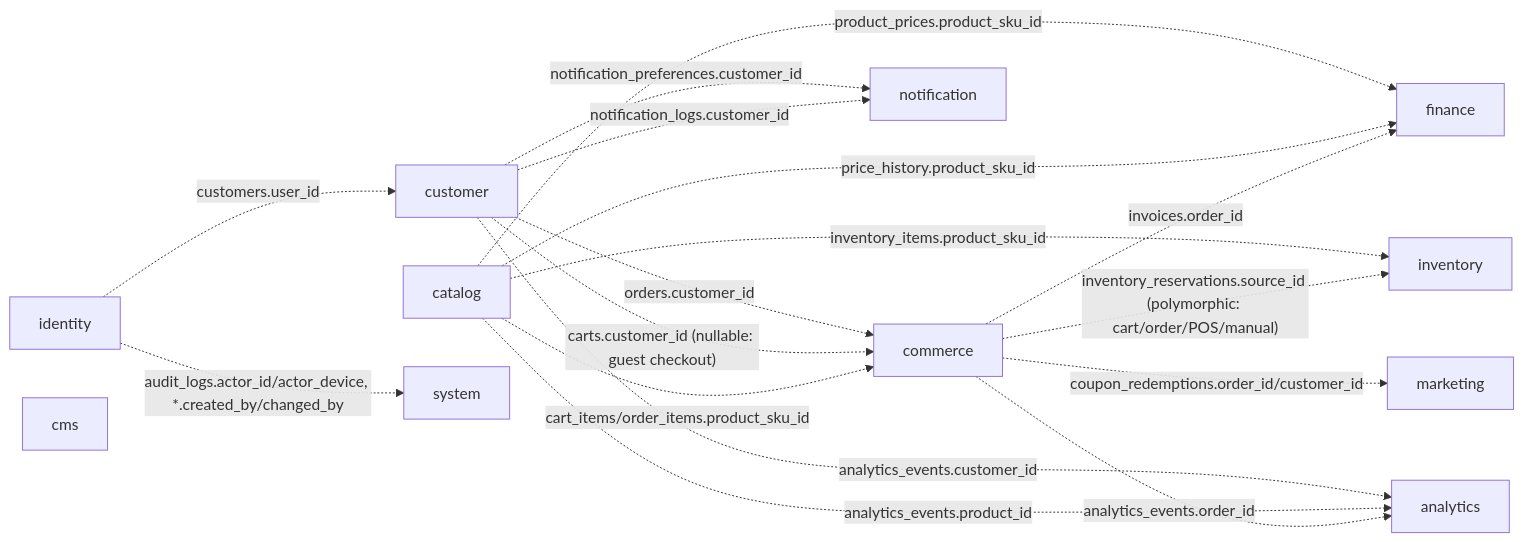
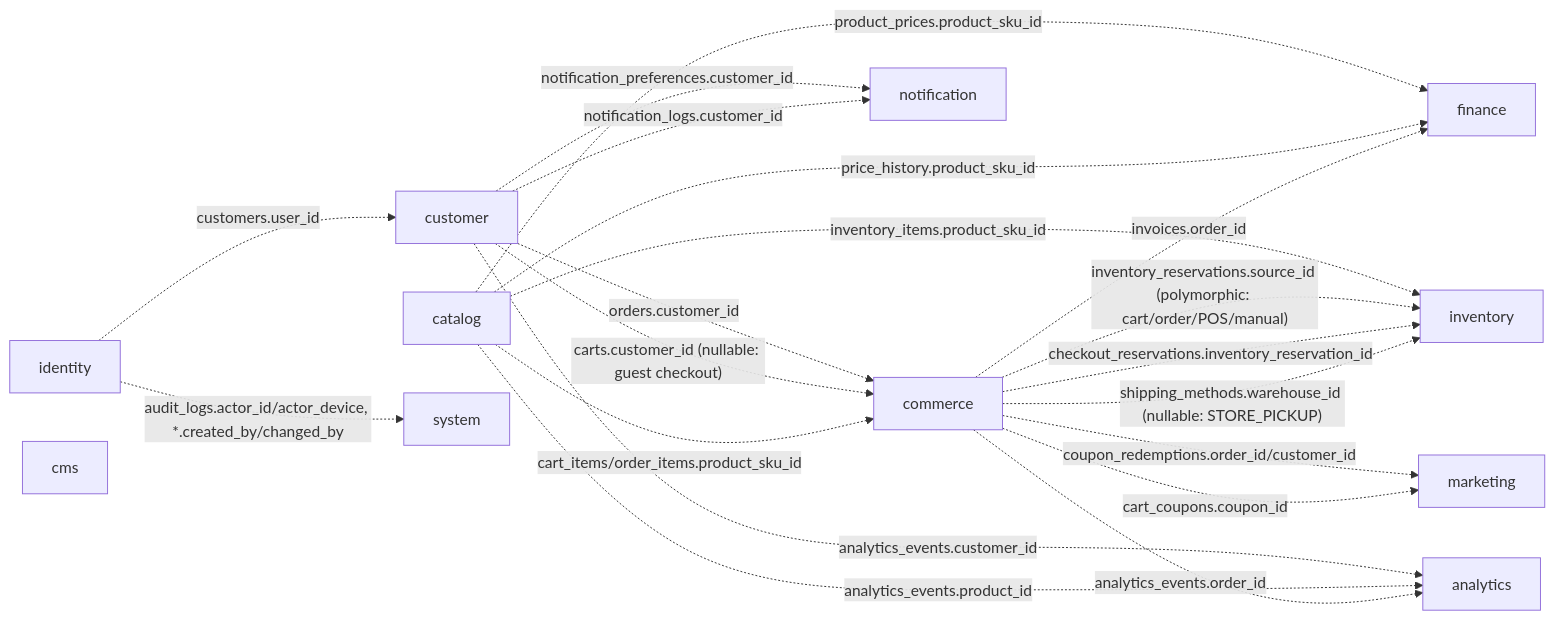
Before and after one commit to HuseinHbz/Didar: the first of 12 diagrams in docs/database/erd.md, drawn with Mermaid. The commit also changed other lines of this file and 11 other files, not shown here.

First line of the commit message:
docs(cart-checkout): complete Phase 007 documentation set

````diff
--- a/docs/database/erd.md
+++ b/docs/database/erd.md
@@ -24,31 +24,34 @@
 ```mermaid
 graph LR
     identity["identity"]
     customer["customer"]
     catalog["catalog"]
     inventory["inventory"]
     commerce["commerce"]
     marketing["marketing"]
     finance["finance"]
     notification["notification"]
     cms["cms"]
     analytics["analytics"]
     system["system"]
 
     identity -. "customers.user_id" .-> customer
     customer -. "orders.customer_id" .-> commerce
     customer -. "carts.customer_id (nullable: guest checkout)" .-> commerce
     catalog -. "product_prices.product_sku_id" .-> finance
     catalog -. "price_history.product_sku_id" .-> finance
     catalog -. "inventory_items.product_sku_id" .-> inventory
     catalog -. "cart_items/order_items.product_sku_id" .-> commerce
     commerce -. "invoices.order_id" .-> finance
     commerce -. "inventory_reservations.source_id (polymorphic: cart/order/POS/manual)" .-> inventory
+    commerce -. "checkout_reservations.inventory_reservation_id" .-> inventory
+    commerce -. "shipping_methods.warehouse_id (nullable: STORE_PICKUP)" .-> inventory
     commerce -. "coupon_redemptions.order_id/customer_id" .-> marketing
+    commerce -. "cart_coupons.coupon_id" .-> marketing
     customer -. "notification_preferences.customer_id" .-> notification
     customer -. "notification_logs.customer_id" .-> notification
     customer -. "analytics_events.customer_id" .-> analytics
     catalog -. "analytics_events.product_id" .-> analytics
     commerce -. "analytics_events.order_id" .-> analytics
     identity -. "audit_logs.actor_id/actor_device, *.created_by/changed_by" .-> system
 ```
````
